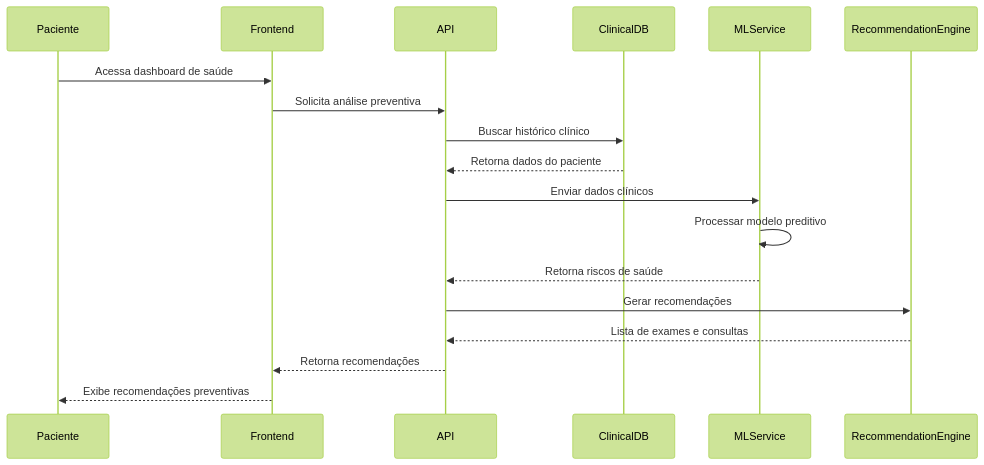
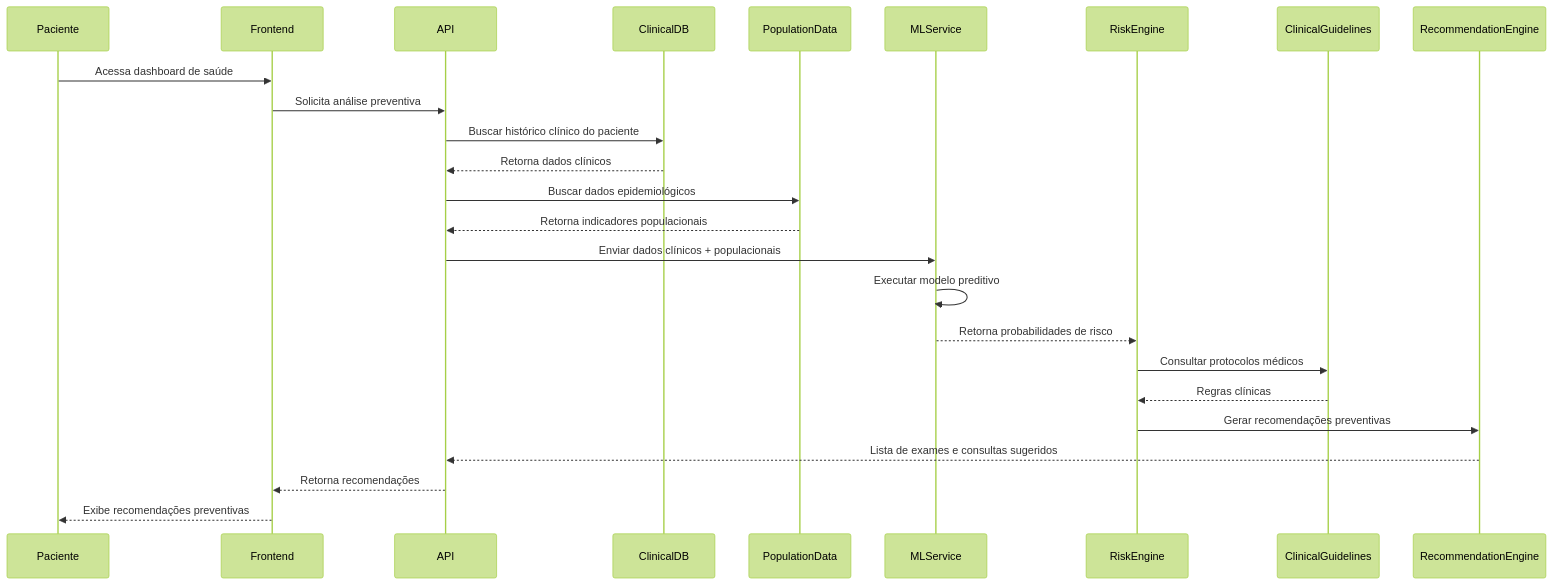
Before and after one commit to ccps1-care-predict/care-plus-ccps1: the first of 5 diagrams in DIAGRAMA DE SEQUENCIA.md, drawn with Mermaid (forest theme). The commit also changed other lines of this file, not shown here.

Commit message:
doc: diagram de sequencia

`````diff
--- a/DIAGRAMA DE SEQUENCIA.md
+++ b/DIAGRAMA DE SEQUENCIA.md
@@ -5,24 +18,36 @@
 ```mermaid
 sequenceDiagram
+
 participant Paciente
 participant Frontend
 participant API
 participant ClinicalDB
+participant PopulationData
 participant MLService
+participant RiskEngine
+participant ClinicalGuidelines
 participant RecommendationEngine
 
 Paciente->>Frontend: Acessa dashboard de saúde
 Frontend->>API: Solicita análise preventiva
-API->>ClinicalDB: Buscar histórico clínico
-ClinicalDB-->>API: Retorna dados do paciente
 
-API->>MLService: Enviar dados clínicos
-MLService->>MLService: Processar modelo preditivo
-MLService-->>API: Retorna riscos de saúde
+API->>ClinicalDB: Buscar histórico clínico do paciente
+ClinicalDB-->>API: Retorna dados clínicos
 
-API->>RecommendationEngine: Gerar recomendações
-RecommendationEngine-->>API: Lista de exames e consultas
+API->>PopulationData: Buscar dados epidemiológicos
+PopulationData-->>API: Retorna indicadores populacionais
+
+API->>MLService: Enviar dados clínicos + populacionais
+MLService->>MLService: Executar modelo preditivo
+
+MLService-->>RiskEngine: Retorna probabilidades de risco
+
+RiskEngine->>ClinicalGuidelines: Consultar protocolos médicos
+ClinicalGuidelines-->>RiskEngine: Regras clínicas
+
+RiskEngine->>RecommendationEngine: Gerar recomendações preventivas
+RecommendationEngine-->>API: Lista de exames e consultas sugeridos
 
 API-->>Frontend: Retorna recomendações
 Frontend-->>Paciente: Exibe recomendações preventivas
-```
+````
`````
